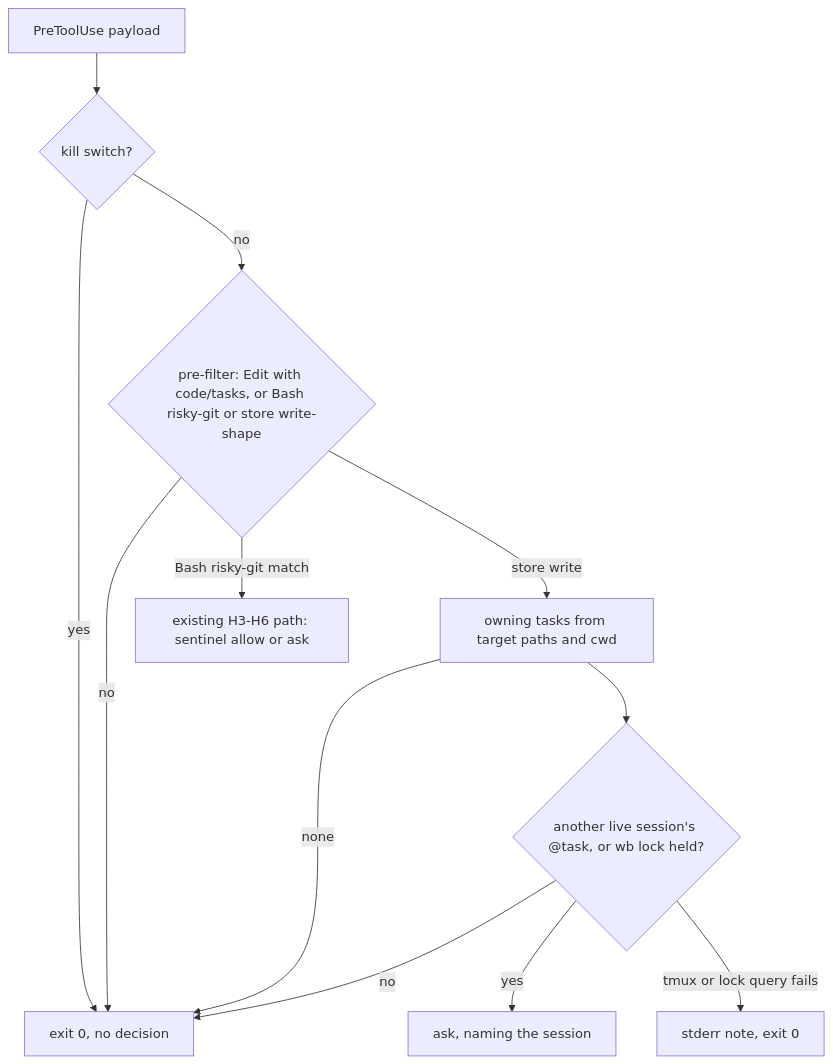
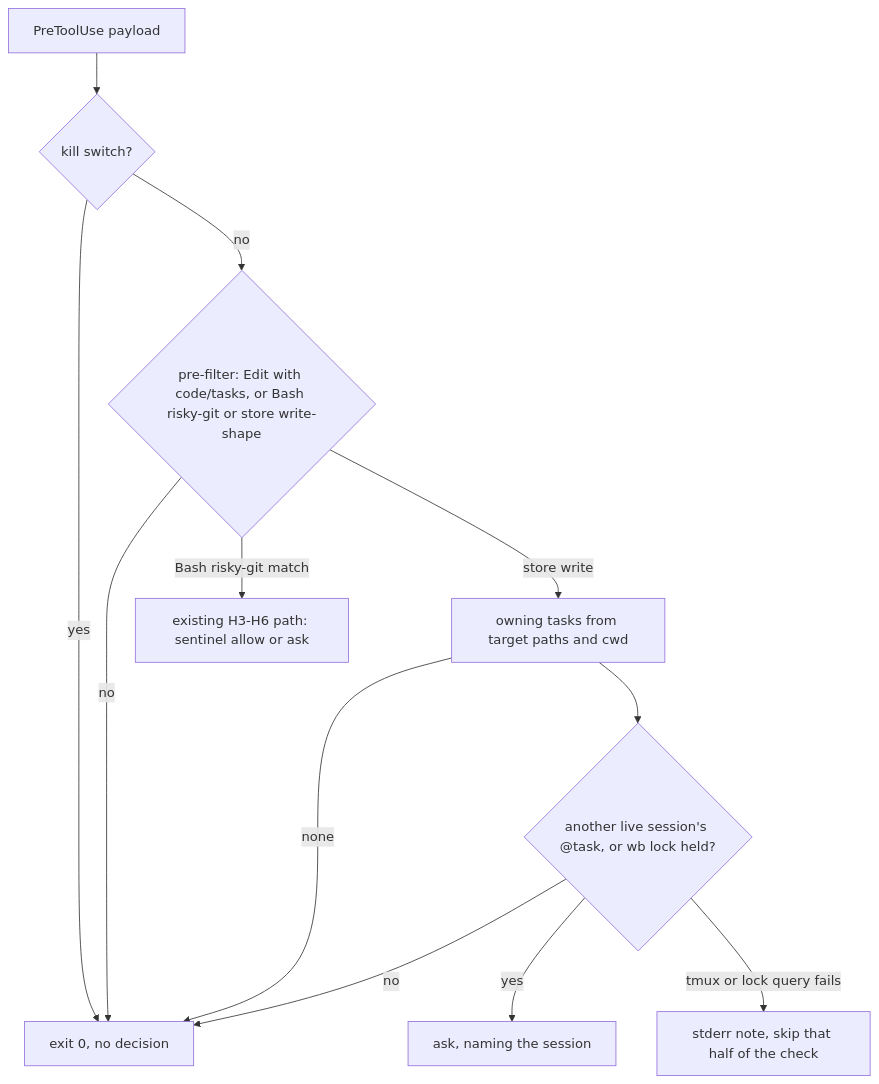
The diagram in docs/plans/2026-10-27-2345-feat-store-guard-ask-on-contention-plan.md (jetnoli-sportable/dotfiles), drawn with Mermaid before and after one commit. The commit also changed other lines of this file, not shown here.

First line of the commit message:
docs(plan): store guard checks Bash cwd, ignores the caller's own lock

````diff
--- a/docs/plans/2026-10-27-2345-feat-store-guard-ask-on-contention-plan.md
+++ b/docs/plans/2026-10-27-2345-feat-store-guard-ask-on-contention-plan.md
@@ -93,14 +93,14 @@
 ```mermaid
 flowchart TB
   A[PreToolUse payload] --> K{kill switch?}
   K -->|yes| Z[exit 0, no decision]
   K -->|no| P{pre-filter: Edit with code/tasks, or Bash risky-git or store write-shape}
   P -->|no| Z
   P -->|Bash risky-git match| G[existing H3-H6 path: sentinel allow or ask]
   P -->|store write| O[owning tasks from target paths and cwd]
   O -->|none| Z
   O --> C{another live session's @task, or wb lock held?}
   C -->|no| Z
   C -->|yes| Q[ask, naming the session]
-  C -->|tmux or lock query fails| F[stderr note, exit 0]
+  C -->|tmux or lock query fails| F[stderr note, skip that half of the check]
 ```
````
